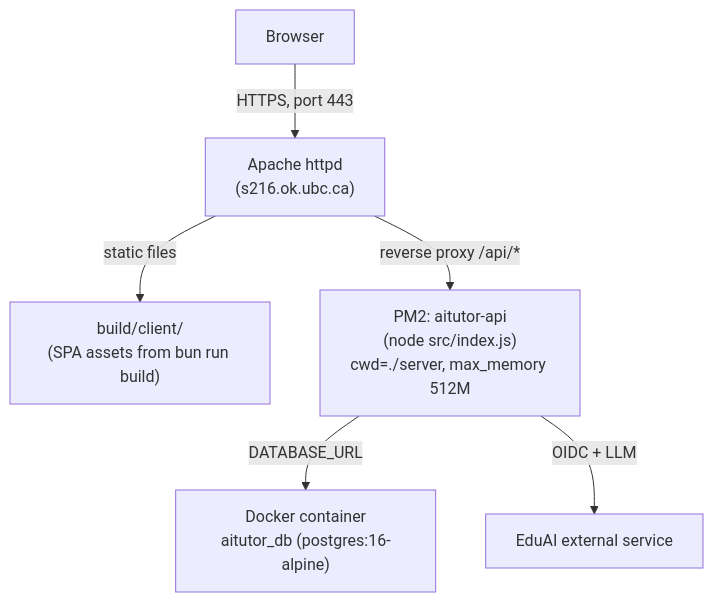
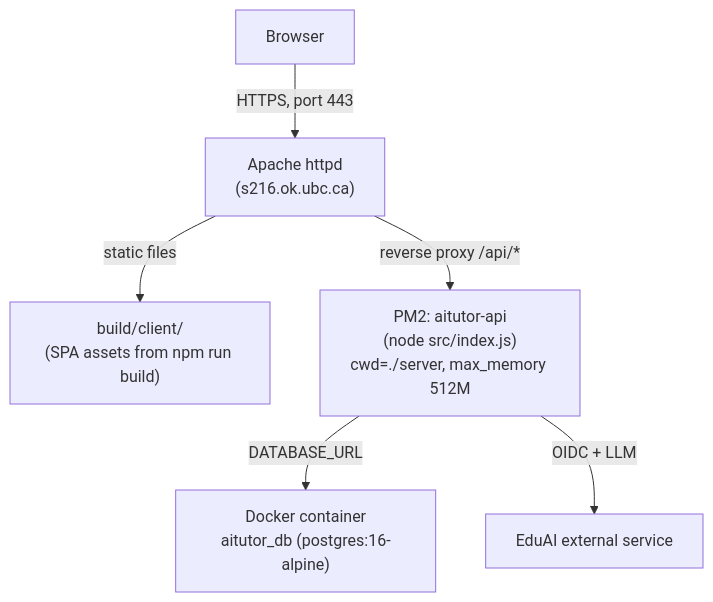
The diagram in apps/extensions/ai-tutor/docs/DEPLOYMENT.md (EduAI-Lab/EduAI), drawn with Mermaid before and after one commit. The commit also changed other lines of this file and 10 other files, not shown here.

Commit message:
docs: update all documentation to reflect Bun to npm migration

````diff
--- a/apps/extensions/ai-tutor/docs/DEPLOYMENT.md
+++ b/apps/extensions/ai-tutor/docs/DEPLOYMENT.md
@@ -18,8 +18,8 @@
 ```mermaid
 flowchart TD
     Client[Browser] -->|"HTTPS, port 443"| Apache["Apache httpd<br/>(s216.ok.ubc.ca)"]
-    Apache -->|"static files"| SPA["build/client/<br/>(SPA assets from bun run build)"]
+    Apache -->|"static files"| SPA["build/client/<br/>(SPA assets from npm run build)"]
     Apache -->|"reverse proxy /api/*"| PM2["PM2: aitutor-api<br/>(node src/index.js)<br/>cwd=./server, max_memory 512M"]
     PM2 -->|"DATABASE_URL"| Docker["Docker container<br/>aitutor_db (postgres:16-alpine)"]
     PM2 -->|"OIDC + LLM"| EduAI["EduAI external service"]
 ```
````
